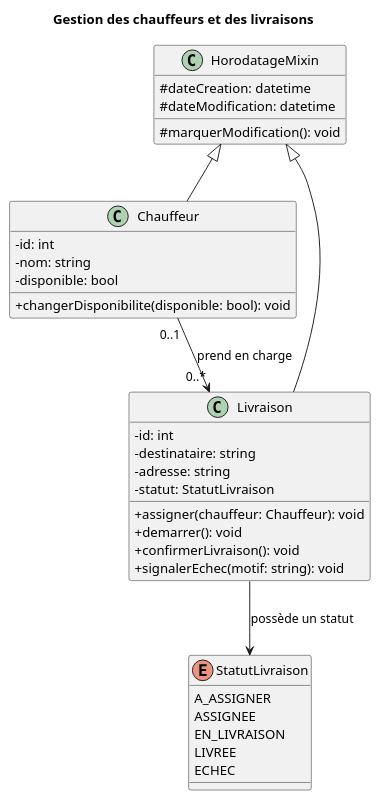
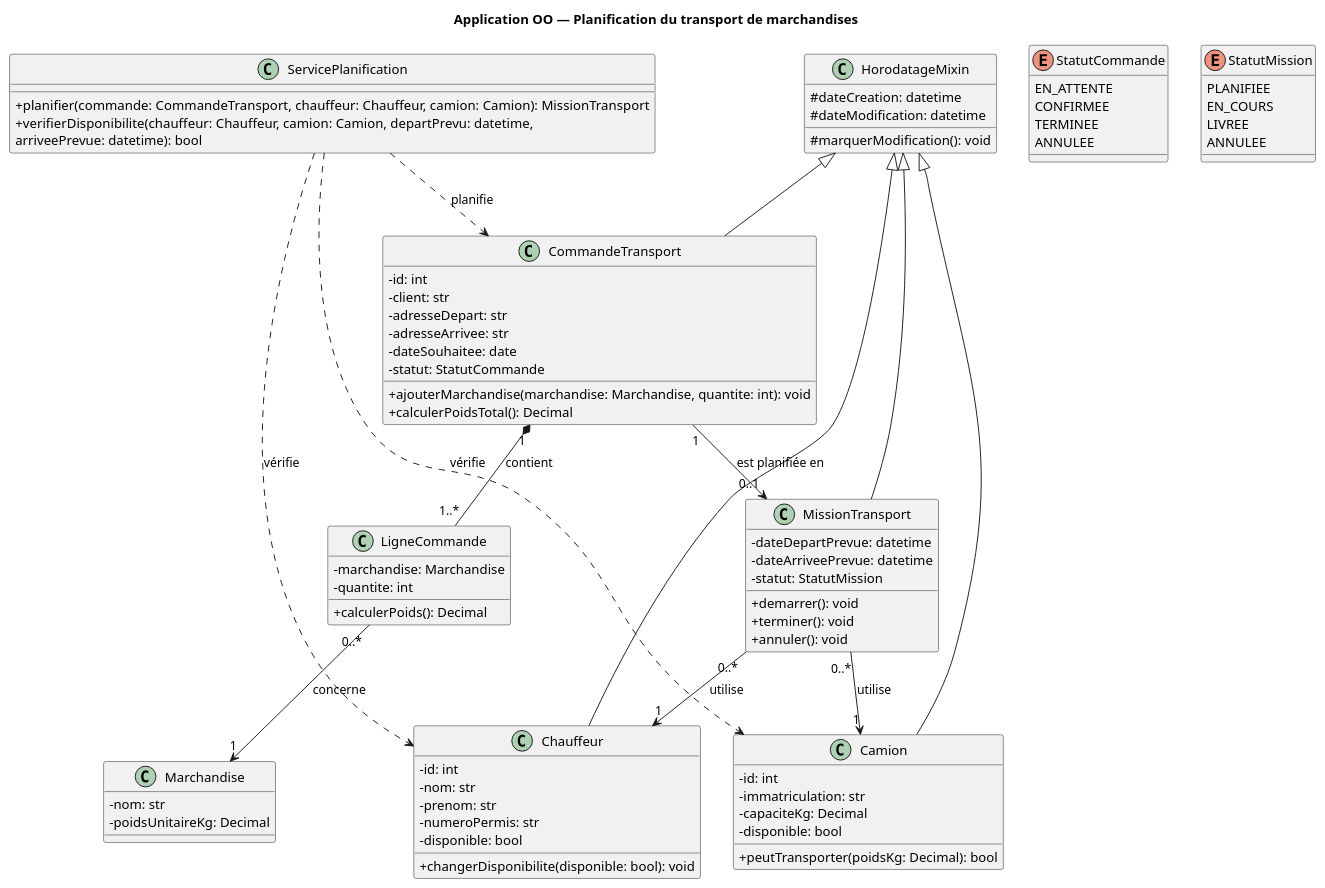
Before and after one commit to worlfdanyclesidor-art/TP2_2227667: the diagram in docs/diagramme-classes.md, drawn with PlantUML. The commit also changed other lines of this file and 1 other file, not shown here.

Commit message:
Correction du diagramme de classes

````diff
--- a/docs/diagramme-classes.md
+++ b/docs/diagramme-classes.md
@@ -3,7 +3,7 @@
 ```plantuml
 @startuml
 skinparam classAttributeIconSize 0
-title Gestion des chauffeurs et des livraisons
+title Application OO — Planification du transport de marchandises
 
 class HorodatageMixin {
   # dateCreation: datetime
@@ -13,34 +13,85 @@
 
 class Chauffeur {
   - id: int
-  - nom: string
+  - nom: str
+  - prenom: str
+  - numeroPermis: str
   - disponible: bool
   + changerDisponibilite(disponible: bool): void
 }
 
-class Livraison {
+class Camion {
   - id: int
-  - destinataire: string
-  - adresse: string
-  - statut: StatutLivraison
-  + assigner(chauffeur: Chauffeur): void
-  + demarrer(): void
-  + confirmerLivraison(): void
-  + signalerEchec(motif: string): void
+  - immatriculation: str
+  - capaciteKg: Decimal
+  - disponible: bool
+  + peutTransporter(poidsKg: Decimal): bool
 }
 
-enum StatutLivraison {
-  A_ASSIGNER
-  ASSIGNEE
-  EN_LIVRAISON
+class CommandeTransport {
+  - id: int
+  - client: str
+  - adresseDepart: str
+  - adresseArrivee: str
+  - dateSouhaitee: date
+  - statut: StatutCommande
+  + ajouterMarchandise(marchandise: Marchandise, quantite: int): void
+  + calculerPoidsTotal(): Decimal
+}
+
+class Marchandise {
+  - nom: str
+  - poidsUnitaireKg: Decimal
+}
+
+class LigneCommande {
+  - marchandise: Marchandise
+  - quantite: int
+  + calculerPoids(): Decimal
+}
+
+class MissionTransport {
+  - dateDepartPrevue: datetime
+  - dateArriveePrevue: datetime
+  - statut: StatutMission
+  + demarrer(): void
+  + terminer(): void
+  + annuler(): void
+}
+
+class ServicePlanification {
+  + planifier(commande: CommandeTransport, chauffeur: Chauffeur, camion: Camion): MissionTransport
+  +verifierDisponibilite(chauffeur: Chauffeur, camion: Camion, departPrevu: datetime, 
+  arriveePrevue: datetime): bool
+}
+
+enum StatutCommande {
+  EN_ATTENTE
+  CONFIRMEE
+  TERMINEE
+  ANNULEE
+}
+
+enum StatutMission {
+  PLANIFIEE
+  EN_COURS
   LIVREE
-  ECHEC
+  ANNULEE
 }
 
 HorodatageMixin <|-- Chauffeur
-HorodatageMixin <|-- Livraison
-Chauffeur "0..1" --> "0..*" Livraison : prend en charge
-Livraison --> StatutLivraison : possède un statut
+HorodatageMixin <|-- Camion
+HorodatageMixin <|-- CommandeTransport
+HorodatageMixin <|-- MissionTransport
+
+CommandeTransport "1" *-- "1..*" LigneCommande : contient
+LigneCommande "0..*" --> "1" Marchandise : concerne
+CommandeTransport "1" --> "0..1" MissionTransport : est planifiée en
+MissionTransport "0..*" --> "1" Chauffeur : utilise
+MissionTransport "0..*" --> "1" Camion : utilise
+ServicePlanification ..> CommandeTransport : planifie
+ServicePlanification ..> Chauffeur : vérifie
+ServicePlanification ..> Camion : vérifie
 
 @enduml
 ```
````
